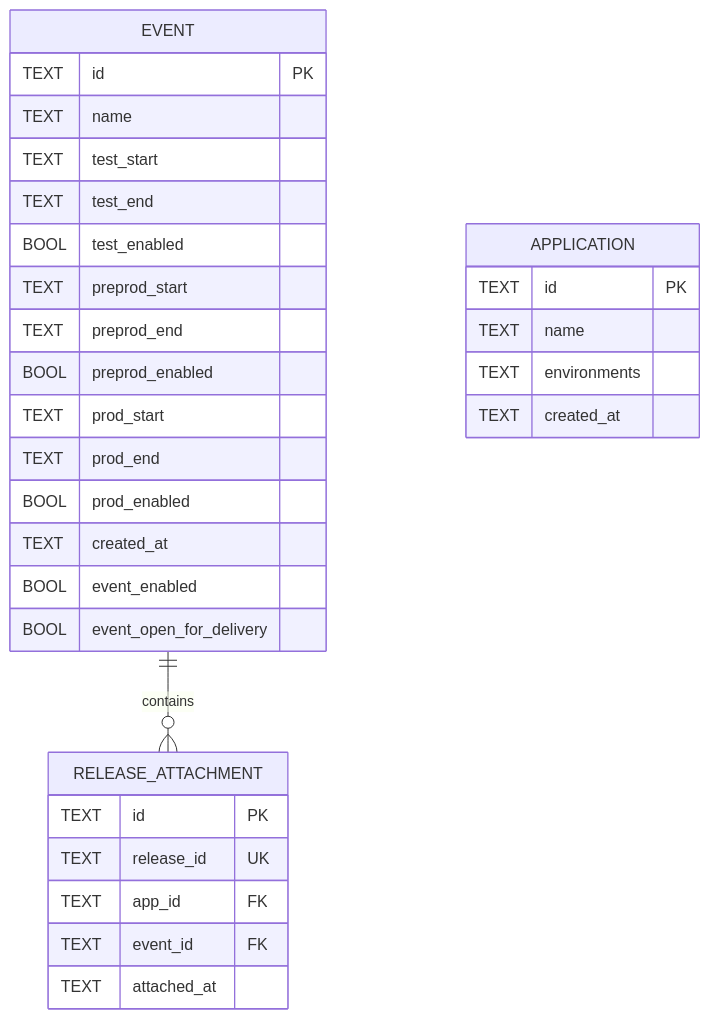
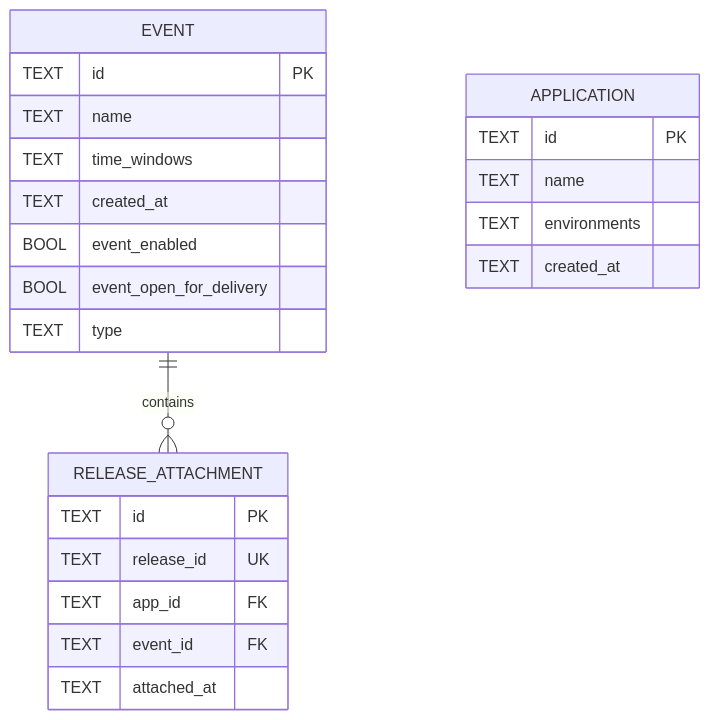
One commit to MrBook401/processAPI changed the diagram in docs/ways-of-work/plan/process-manager/api-implementation/implementation-plan.md. Above: the diagram before and after it, drawn with Mermaid. The commit also changed other lines of this file and 2 other files, not shown here.

````diff
--- a/docs/ways-of-work/plan/process-manager/api-implementation/implementation-plan.md
+++ b/docs/ways-of-work/plan/process-manager/api-implementation/implementation-plan.md
@@ -28,33 +28,26 @@
 ```mermaid
 erDiagram
     EVENT {
         TEXT id PK
         TEXT name
-        TEXT test_start
-        TEXT test_end
-        BOOL test_enabled 
-        TEXT preprod_start
-        TEXT preprod_end
-        BOOL preprod_enabled 
-        TEXT prod_start
-        TEXT prod_end
-        BOOL prod_enabled
+        TEXT time_windows 
         TEXT created_at
         BOOL event_enabled
         BOOL event_open_for_delivery
+        TEXT type 
     }
     RELEASE_ATTACHMENT {
         TEXT id PK
         TEXT release_id UK
         TEXT app_id FK
         TEXT event_id FK
         TEXT attached_at
     }
     APPLICATION {
         TEXT id PK
         TEXT name
         TEXT environments
         TEXT created_at
     }
     EVENT ||--o{ RELEASE_ATTACHMENT : "contains"
 ```
````
